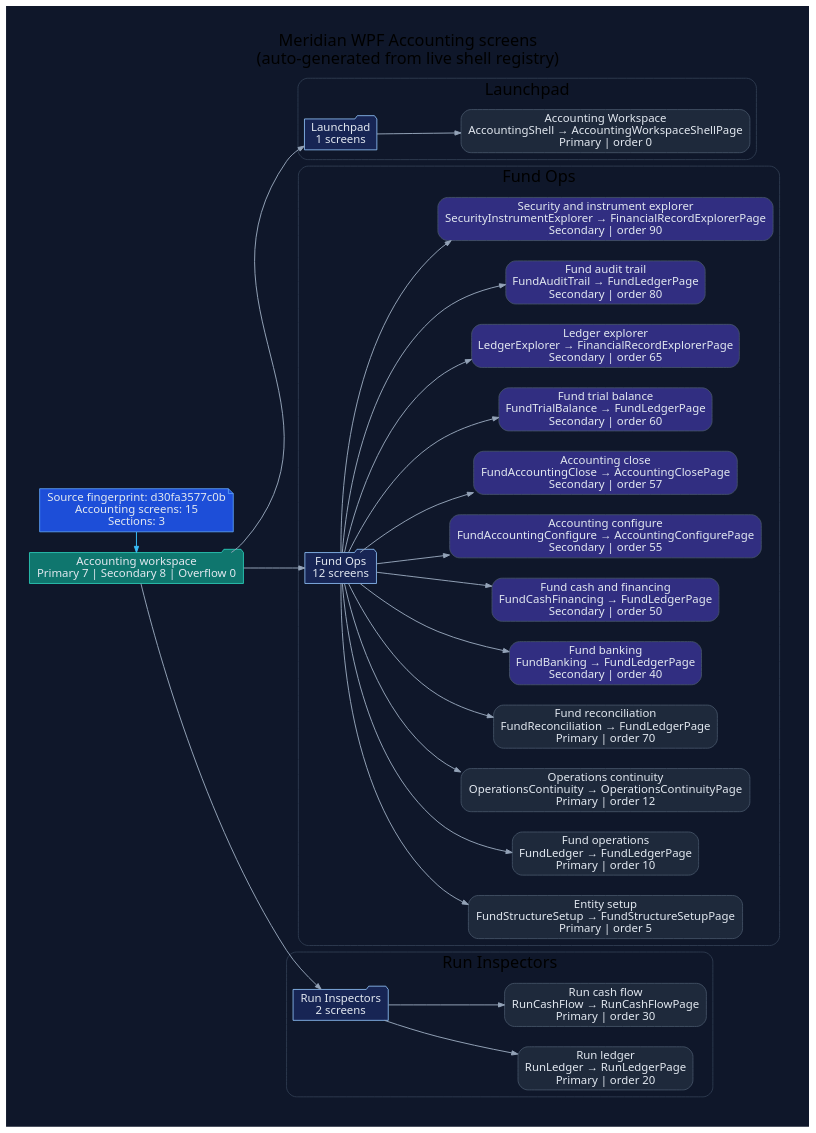
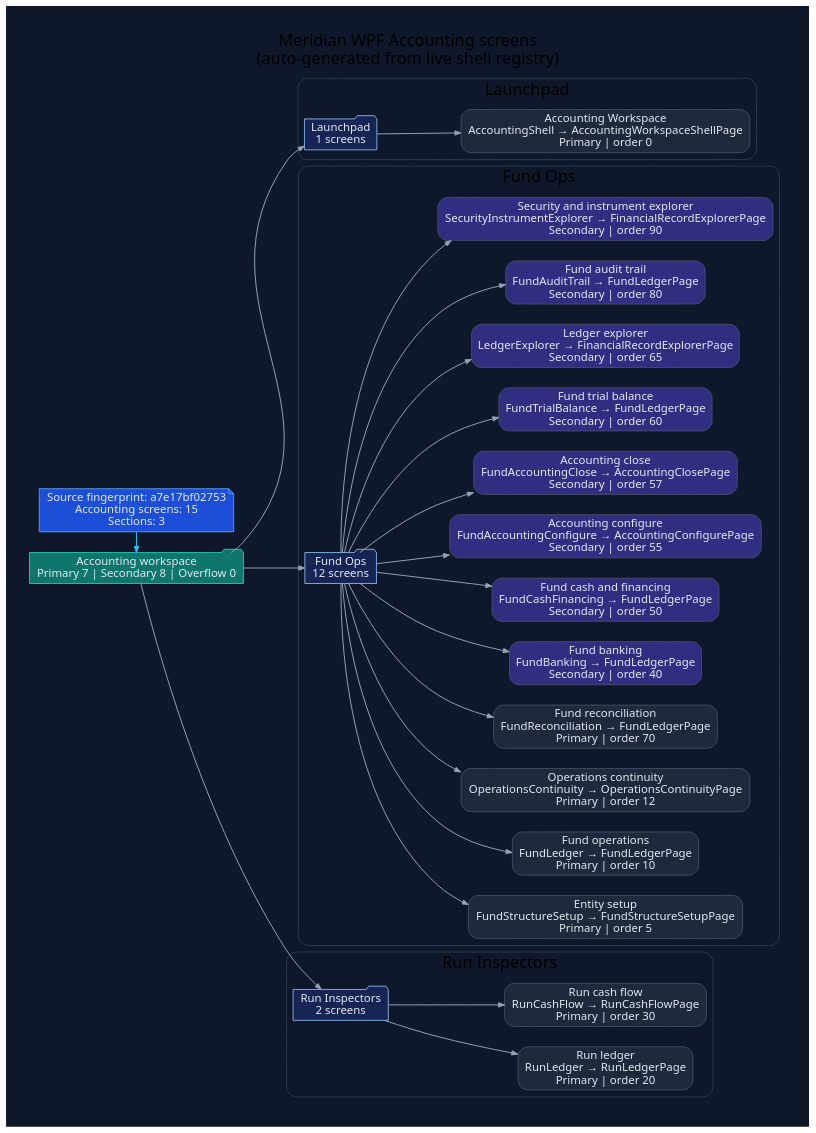
Before and after one commit to rodoHasArrived/Meridian-main: the diagram in docs/diagrams/ui/ui-wpf-screens-accounting.dot, drawn with Graphviz. The commit also changed 43 other files, not shown here.

First line of the commit message:
Re-render the WPF UI diagrams for the desktop slate

```diff
--- a/docs/diagrams/ui/ui-wpf-screens-accounting.dot
+++ b/docs/diagrams/ui/ui-wpf-screens-accounting.dot
@@ -1,80 +1,80 @@
 // -----------------------------------------------------------------------------
 // <auto-generated>
 // Generated by scripts/generate-diagrams.mjs.
 // Do not edit this file directly; update the WPF source files instead.
 // -----------------------------------------------------------------------------
 digraph WpfAccountingScreens {
   graph [
     rankdir=LR,
     labelloc=t,
     label="Meridian WPF Accounting screens\n(auto-generated from live shell registry)",
     fontname="Segoe UI",
     fontsize=20,
     pad=0.4,
     nodesep=0.35,
     ranksep=0.85,
     bgcolor="#0f172a"
   ];
   node [fontname="Segoe UI", shape=box, style="rounded,filled", color="#475569", fontcolor="#e2e8f0", fillcolor="#1e293b"];
   edge [fontname="Segoe UI", color="#94a3b8", penwidth=1.2, arrowsize=0.75];
 
-  generated [shape=note, fillcolor="#1d4ed8", color="#60a5fa", label="Source fingerprint: d30fa3577c0b\nAccounting screens: 15\nSections: 3"];
+  generated [shape=note, fillcolor="#1d4ed8", color="#60a5fa", label="Source fingerprint: a7e17bf02753\nAccounting screens: 15\nSections: 3"];
   workspace [shape=folder, fillcolor="#0f766e", color="#2dd4bf", label="Accounting workspace\nPrimary 7 | Secondary 8 | Overflow 0"];
   generated -> workspace [color="#38bdf8"];
 
   subgraph cluster_section_1 {
     label="Launchpad";
     color="#334155";
     style="rounded";
     section_1 [shape=folder, fillcolor="#172554", color="#93c5fd", label="Launchpad\n1 screens"];
     workspace -> section_1;
     screen_AccountingShell [fillcolor="#1e293b", label="Accounting Workspace\nAccountingShell → AccountingWorkspaceShellPage\nPrimary | order 0"];
     section_1 -> screen_AccountingShell;
   }
 
   subgraph cluster_section_2 {
     label="Fund Ops";
     color="#334155";
     style="rounded";
     section_2 [shape=folder, fillcolor="#172554", color="#93c5fd", label="Fund Ops\n12 screens"];
     workspace -> section_2;
     screen_FundStructureSetup [fillcolor="#1e293b", label="Entity setup\nFundStructureSetup → FundStructureSetupPage\nPrimary | order 5"];
     section_2 -> screen_FundStructureSetup;
     screen_FundLedger [fillcolor="#1e293b", label="Fund operations\nFundLedger → FundLedgerPage\nPrimary | order 10"];
     section_2 -> screen_FundLedger;
     screen_OperationsContinuity [fillcolor="#1e293b", label="Operations continuity\nOperationsContinuity → OperationsContinuityPage\nPrimary | order 12"];
     section_2 -> screen_OperationsContinuity;
     screen_FundReconciliation [fillcolor="#1e293b", label="Fund reconciliation\nFundReconciliation → FundLedgerPage\nPrimary | order 70"];
     section_2 -> screen_FundReconciliation;
     screen_FundBanking [fillcolor="#312e81", label="Fund banking\nFundBanking → FundLedgerPage\nSecondary | order 40"];
     section_2 -> screen_FundBanking;
     screen_FundCashFinancing [fillcolor="#312e81", label="Fund cash and financing\nFundCashFinancing → FundLedgerPage\nSecondary | order 50"];
     section_2 -> screen_FundCashFinancing;
     screen_FundAccountingConfigure [fillcolor="#312e81", label="Accounting configure\nFundAccountingConfigure → AccountingConfigurePage\nSecondary | order 55"];
     section_2 -> screen_FundAccountingConfigure;
     screen_FundAccountingClose [fillcolor="#312e81", label="Accounting close\nFundAccountingClose → AccountingClosePage\nSecondary | order 57"];
     section_2 -> screen_FundAccountingClose;
     screen_FundTrialBalance [fillcolor="#312e81", label="Fund trial balance\nFundTrialBalance → FundLedgerPage\nSecondary | order 60"];
     section_2 -> screen_FundTrialBalance;
     screen_LedgerExplorer [fillcolor="#312e81", label="Ledger explorer\nLedgerExplorer → FinancialRecordExplorerPage\nSecondary | order 65"];
     section_2 -> screen_LedgerExplorer;
     screen_FundAuditTrail [fillcolor="#312e81", label="Fund audit trail\nFundAuditTrail → FundLedgerPage\nSecondary | order 80"];
     section_2 -> screen_FundAuditTrail;
     screen_SecurityInstrumentExplorer [fillcolor="#312e81", label="Security and instrument explorer\nSecurityInstrumentExplorer → FinancialRecordExplorerPage\nSecondary | order 90"];
     section_2 -> screen_SecurityInstrumentExplorer;
   }
 
   subgraph cluster_section_3 {
     label="Run Inspectors";
     color="#334155";
     style="rounded";
     section_3 [shape=folder, fillcolor="#172554", color="#93c5fd", label="Run Inspectors\n2 screens"];
     workspace -> section_3;
     screen_RunLedger [fillcolor="#1e293b", label="Run ledger\nRunLedger → RunLedgerPage\nPrimary | order 20"];
     section_3 -> screen_RunLedger;
     screen_RunCashFlow [fillcolor="#1e293b", label="Run cash flow\nRunCashFlow → RunCashFlowPage\nPrimary | order 30"];
     section_3 -> screen_RunCashFlow;
   }
 
   { rank=min; generated; workspace; }
 }
```
